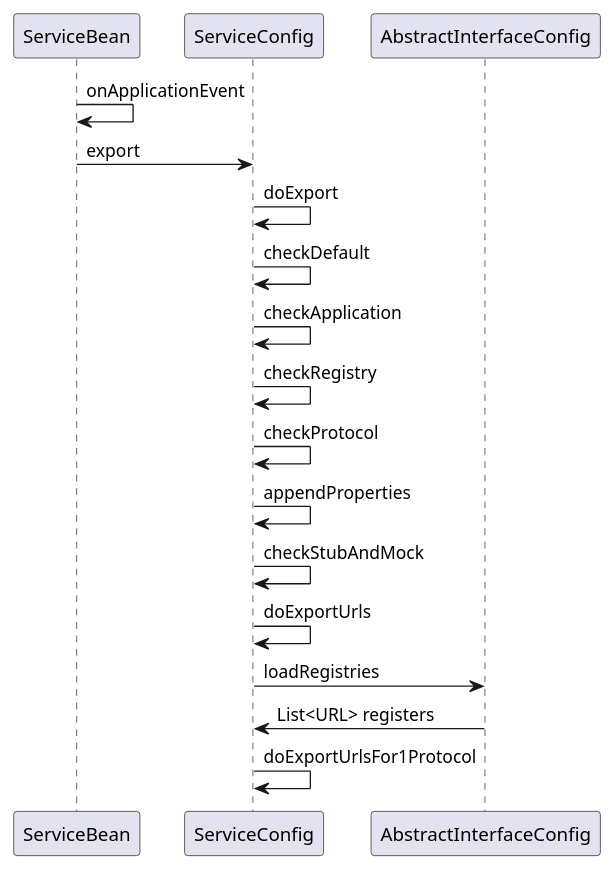
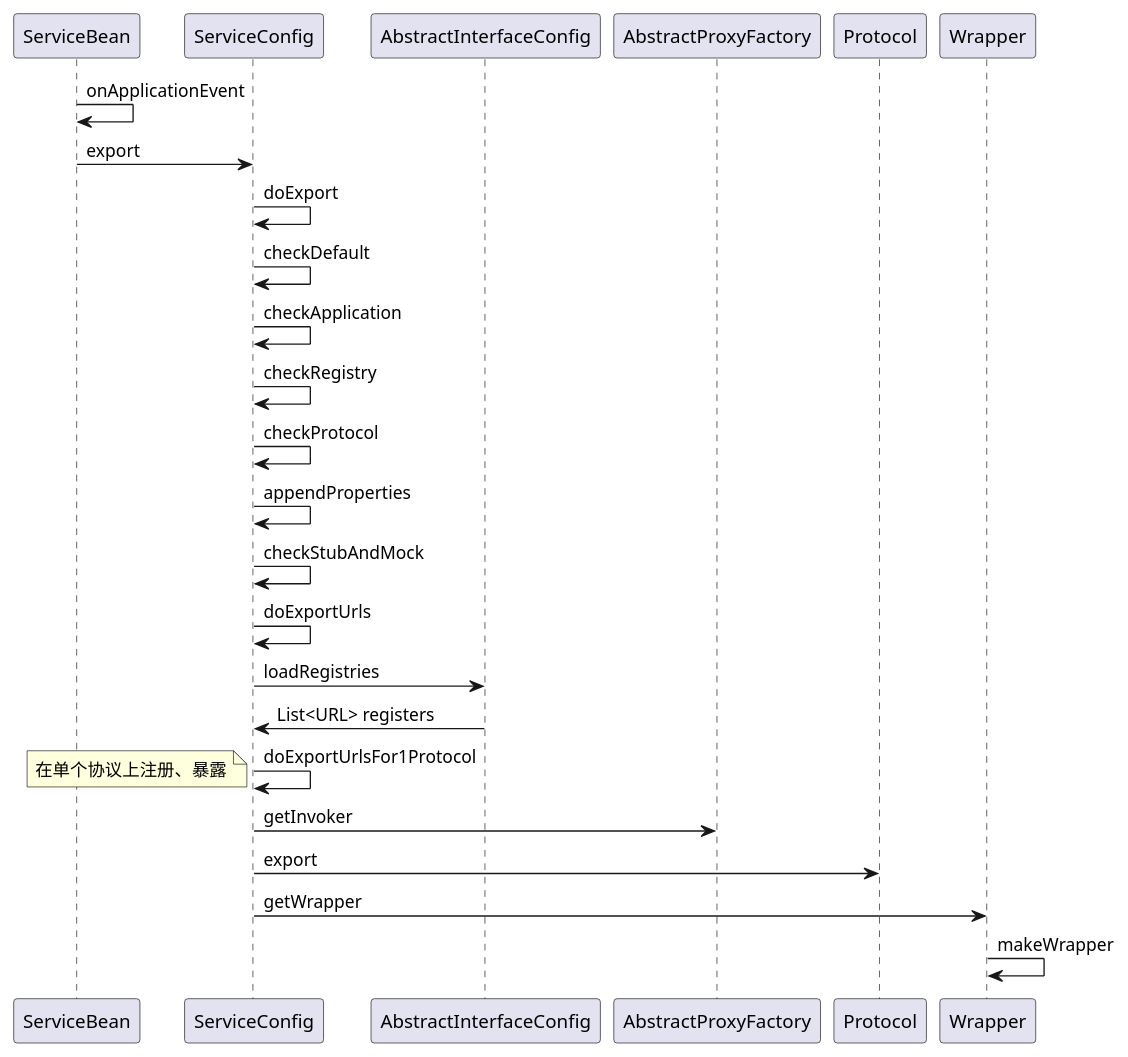
One commit to SikiTech/dubbo-parent changed the diagram in 服务导出-序列图.puml. Above: the diagram before and after it, drawn with PlantUML. The commit also changed 11 other files, not shown here.

```diff
--- a/服务导出-序列图.puml
+++ b/服务导出-序列图.puml
@@ -1,31 +1,36 @@
 @startuml
 ' 定义顺序
 participant ServiceBean
 participant ServiceConfig
 participant AbstractInterfaceConfig
+participant AbstractProxyFactory
+participant Protocol
 
 ServiceBean -> ServiceBean :onApplicationEvent
 ServiceBean -> ServiceConfig :export
 ServiceConfig -> ServiceConfig :doExport
 ServiceConfig -> ServiceConfig :checkDefault
 ServiceConfig -> ServiceConfig :checkApplication
 ServiceConfig -> ServiceConfig :checkRegistry
 ServiceConfig -> ServiceConfig :checkProtocol
 ServiceConfig -> ServiceConfig :appendProperties
 ServiceConfig -> ServiceConfig :checkStubAndMock
 ServiceConfig -> ServiceConfig :doExportUrls
 ServiceConfig -> AbstractInterfaceConfig :loadRegistries
 AbstractInterfaceConfig ->  ServiceConfig :List<URL> registers
 ServiceConfig -> ServiceConfig :doExportUrlsFor1Protocol
+note left: 在单个协议上注册、暴露
+ServiceConfig -> AbstractProxyFactory :getInvoker
+ServiceConfig -> Protocol :export
+ServiceConfig -> Wrapper :getWrapper
+Wrapper -> Wrapper :makeWrapper
 
 
-
-'com.alibaba.dubbo.config..
 
 
 
 
 
 'onApplicationEvent(ContextRefreshedEvent event)
 
 @enduml
```
